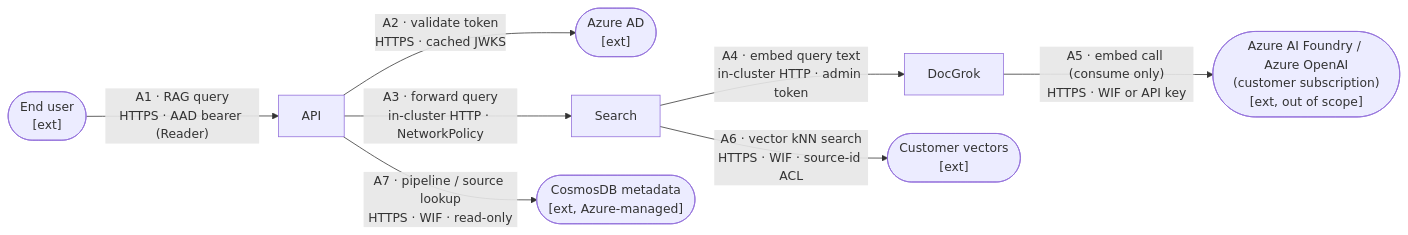
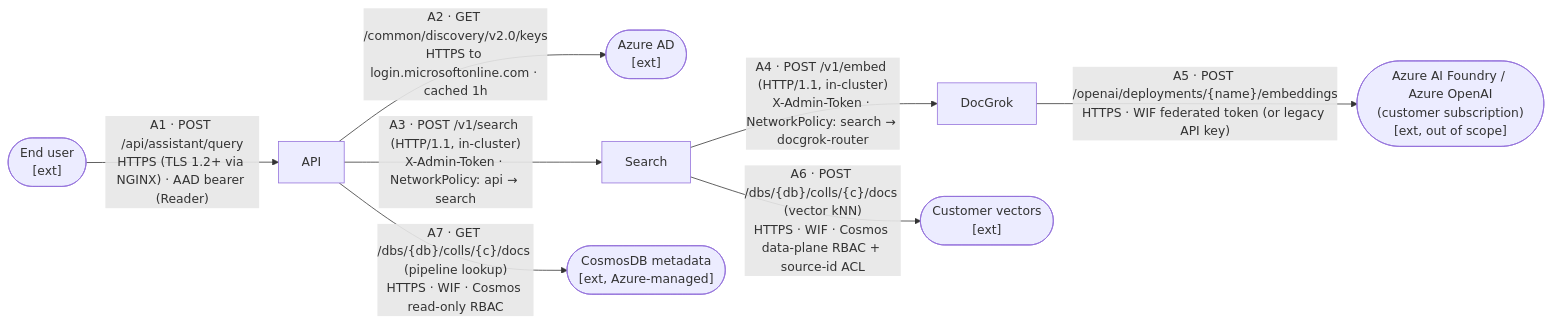
The second of 5 diagrams in docs/security/threat-model.md (AzureCosmosDB/OmniVec), drawn with Mermaid before and after one commit. The commit also changed other lines of this file and 2 other files, not shown here.

First line of the commit message:
security(threat-model): replace remaining vague flow labels (audit pass)

````diff
--- a/docs/security/threat-model.md
+++ b/docs/security/threat-model.md
@@ -127,19 +127,19 @@
 ```mermaid
 flowchart LR
   user(["End user<br/>[ext]"])
   aad(["Azure AD<br/>[ext]"])
   api["API"]
   search["Search"]
   docgrok["DocGrok"]
   cmeta(["CosmosDB metadata<br/>[ext, Azure-managed]"])
   cvec(["Customer vectors<br/>[ext]"])
   foundry(["Azure AI Foundry / Azure OpenAI<br/>(customer subscription)<br/>[ext, out of scope]"])
 
-  user -->|"A1 · RAG query<br/>HTTPS · AAD bearer (Reader)"| api
-  api -->|"A2 · validate token<br/>HTTPS · cached JWKS"| aad
-  api -->|"A3 · forward query<br/>in-cluster HTTP · NetworkPolicy"| search
-  search -->|"A4 · embed query text<br/>in-cluster HTTP · admin token"| docgrok
-  docgrok -->|"A5 · embed call (consume only)<br/>HTTPS · WIF or API key"| foundry
-  search -->|"A6 · vector kNN search<br/>HTTPS · WIF · source-id ACL"| cvec
-  api -->|"A7 · pipeline / source lookup<br/>HTTPS · WIF · read-only"| cmeta
+  user -->|"A1 · POST /api/assistant/query<br/>HTTPS (TLS 1.2+ via NGINX) · AAD bearer (Reader)"| api
+  api -->|"A2 · GET /common/discovery/v2.0/keys<br/>HTTPS to login.microsoftonline.com · cached 1h"| aad
+  api -->|"A3 · POST /v1/search (HTTP/1.1, in-cluster)<br/>X-Admin-Token · NetworkPolicy: api → search"| search
+  search -->|"A4 · POST /v1/embed (HTTP/1.1, in-cluster)<br/>X-Admin-Token · NetworkPolicy: search → docgrok-router"| docgrok
+  docgrok -->|"A5 · POST /openai/deployments/{name}/embeddings<br/>HTTPS · WIF federated token (or legacy API key)"| foundry
+  search -->|"A6 · POST /dbs/{db}/colls/{c}/docs (vector kNN)<br/>HTTPS · WIF · Cosmos data-plane RBAC + source-id ACL"| cvec
+  api -->|"A7 · GET /dbs/{db}/colls/{c}/docs (pipeline lookup)<br/>HTTPS · WIF · Cosmos read-only RBAC"| cmeta
 ```
````
